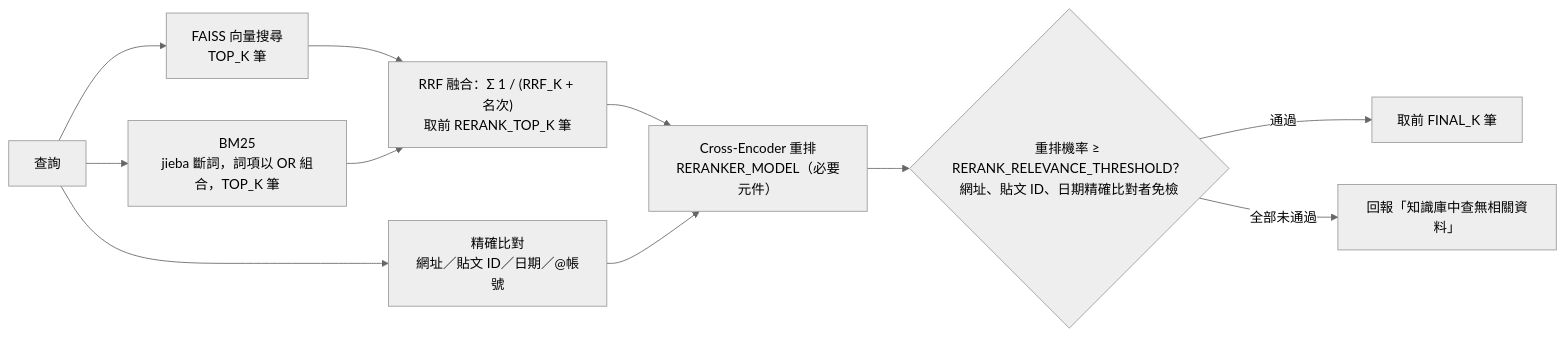
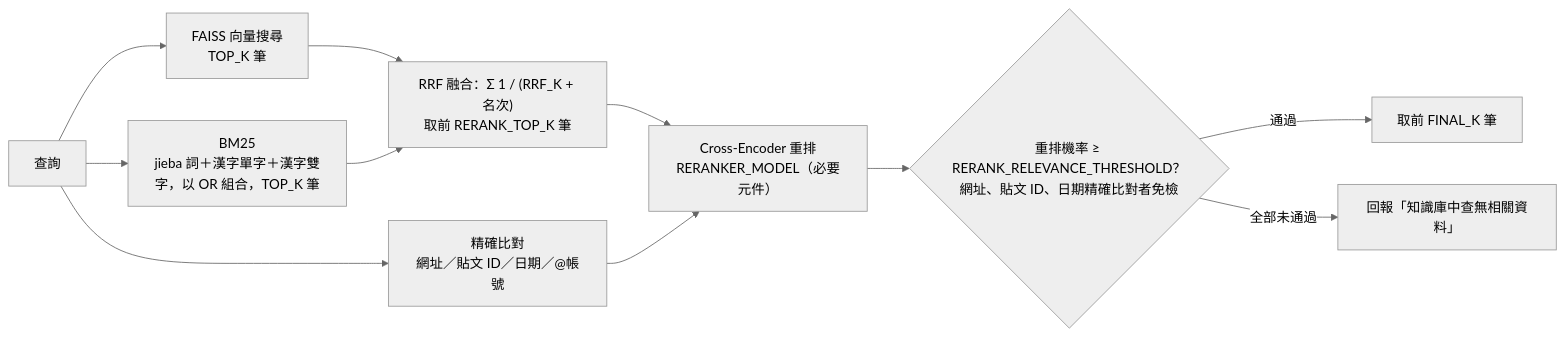
One commit to Scorpio-meow/AskMiao changed the fifth of 9 diagrams in docs/architecture.md. Above: the diagram before and after it, drawn with Mermaid (neutral theme). The commit also changed other lines of this file and 163 other files, not shown here.

````diff
--- a/docs/architecture.md
+++ b/docs/architecture.md
@@ -338,13 +339,13 @@
 ```mermaid
 flowchart LR
     Query["查詢"] --> FAISS["FAISS 向量搜尋<br/>TOP_K 筆"]
-    Query --> BM25["BM25<br/>jieba 斷詞，詞項以 OR 組合，TOP_K 筆"]
+    Query --> BM25["BM25<br/>jieba 詞＋漢字單字＋漢字雙字，以 OR 組合，TOP_K 筆"]
     Query --> Exact["精確比對<br/>網址／貼文 ID／日期／@帳號"]
     FAISS --> RRF["RRF 融合：Σ 1 / (RRF_K + 名次)<br/>取前 RERANK_TOP_K 筆"]
     BM25 --> RRF
     RRF --> Rerank["Cross-Encoder 重排<br/>RERANKER_MODEL（必要元件）"]
     Exact --> Rerank
     Rerank --> Gate{"重排機率 ≥ RERANK_RELEVANCE_THRESHOLD？<br/>網址、貼文 ID、日期精確比對者免檢"}
     Gate -->|通過| Top["取前 FINAL_K 筆"]
     Gate -->|全部未通過| None["回報「知識庫中查無相關資料」"]
 ```
````
